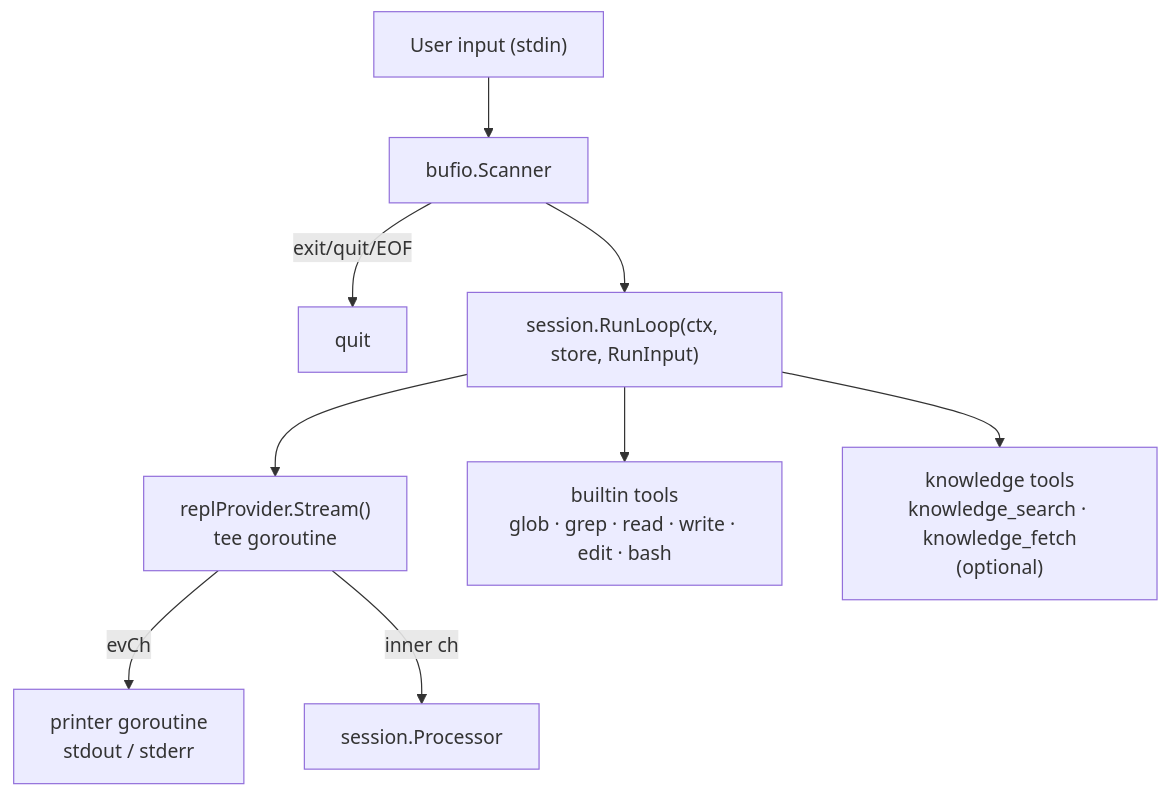
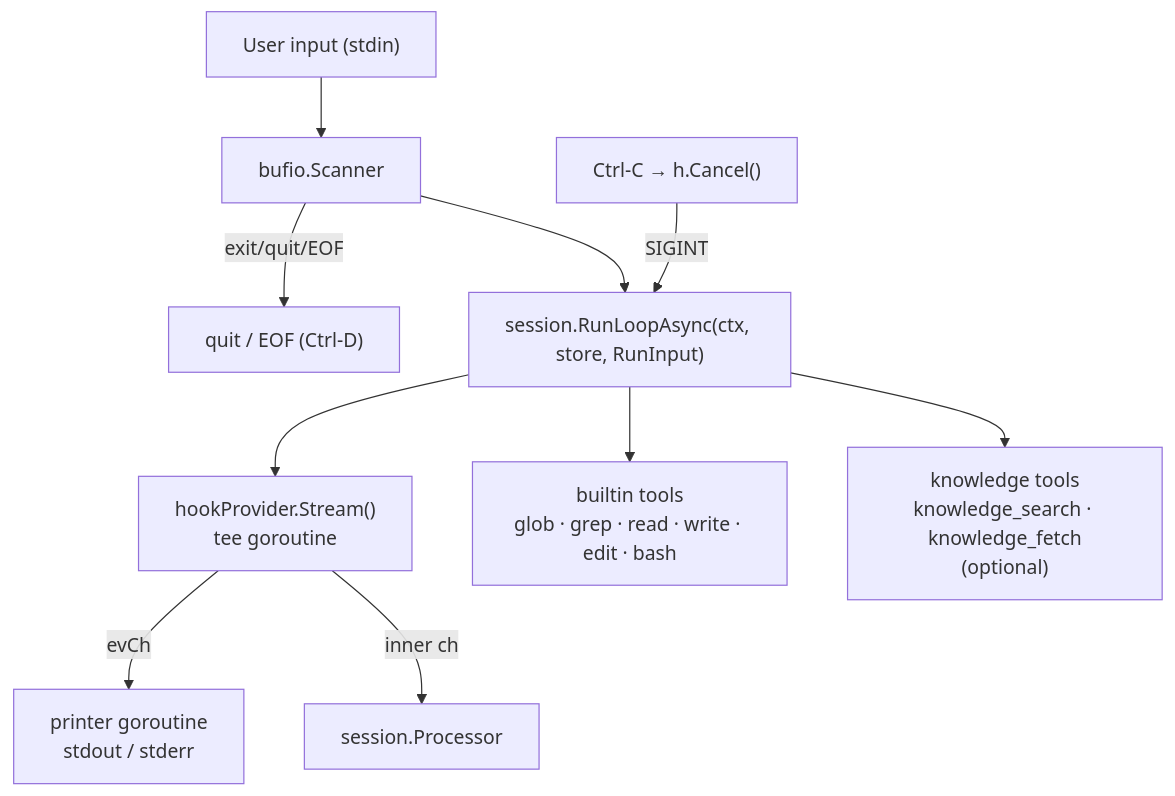
Before and after one commit to larryhou/llm-go: the first of 2 diagrams in .opencode/skills/control/SKILL.md, drawn with Mermaid. The commit also changed other lines of this file and 5 other files, not shown here.

````diff
--- a/.opencode/skills/control/SKILL.md
+++ b/.opencode/skills/control/SKILL.md
@@ -22,21 +22,23 @@
 ```mermaid
 flowchart TD
     stdin["User input (stdin)"]
     scanner["bufio.Scanner"]
-    quit["quit"]
-    runloop["session.RunLoop(ctx, store, RunInput)"]
-    replprov["replProvider.Stream()\ntee goroutine"]
+    quit["quit / EOF (Ctrl-D)"]
+    cancel["Ctrl-C → h.Cancel()"]
+    async["session.RunLoopAsync(ctx, store, RunInput)"]
+    hookprov["hookProvider.Stream()\ntee goroutine"]
     printer["printer goroutine\nstdout / stderr"]
     processor["session.Processor"]
     builtin["builtin tools\nglob · grep · read · write · edit · bash"]
     knowledge["knowledge tools\nknowledge_search · knowledge_fetch\n(optional)"]
 
     stdin --> scanner
     scanner -->|"exit/quit/EOF"| quit
-    scanner --> runloop
-    runloop --> replprov
-    replprov -->|evCh| printer
-    replprov -->|inner ch| processor
-    runloop --> builtin
-    runloop --> knowledge
+    scanner --> async
+    async --> hookprov
+    hookprov -->|evCh| printer
+    hookprov -->|inner ch| processor
+    async --> builtin
+    async --> knowledge
+    cancel -->|"SIGINT"| async
 ```
````
